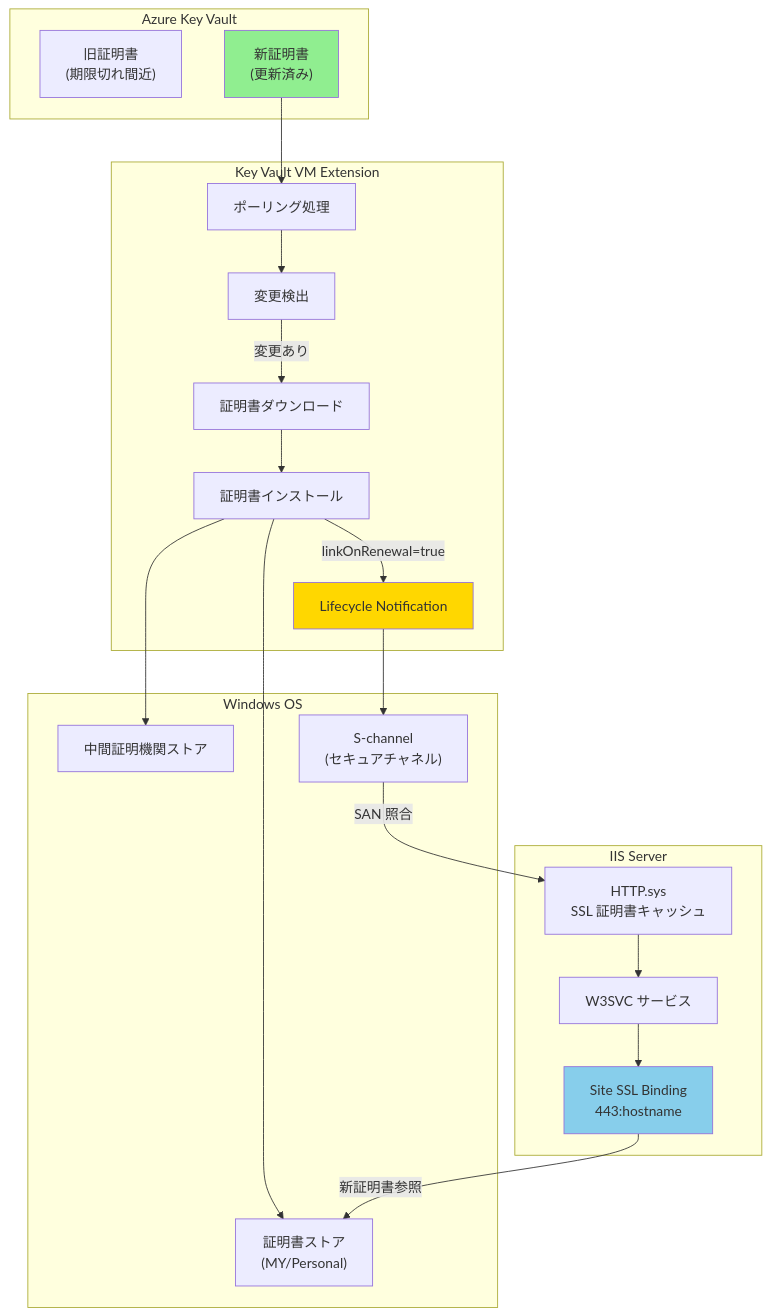
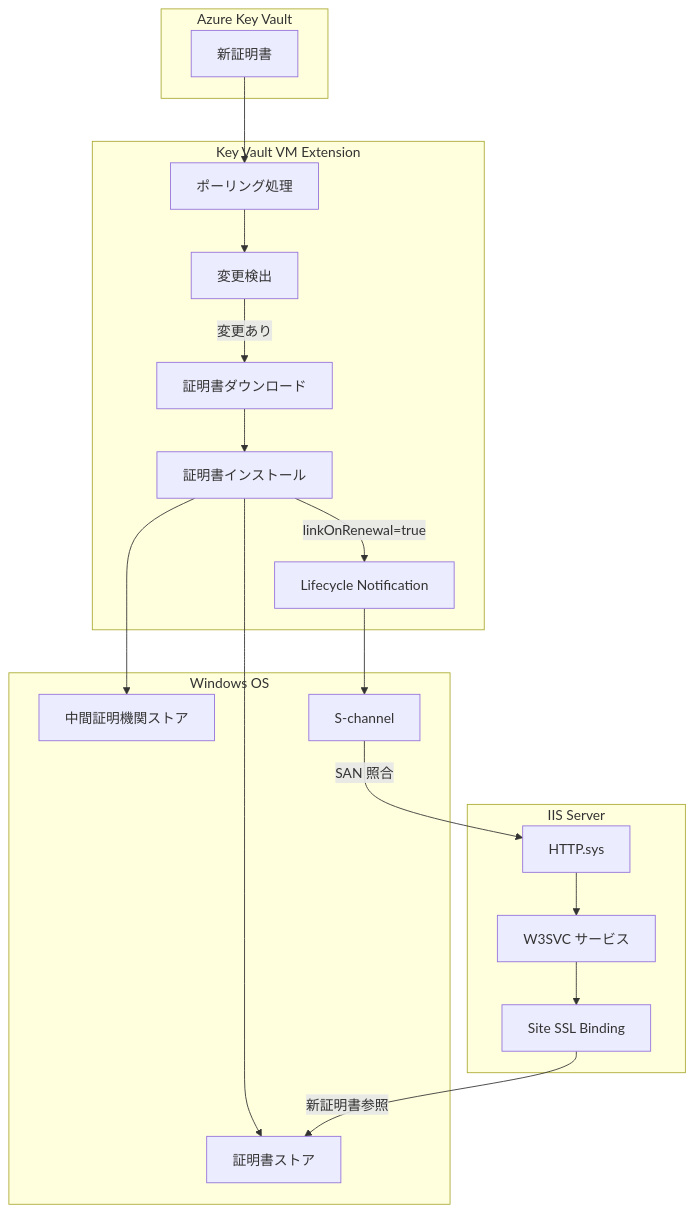
The sixth of 7 diagrams in docs/azure/akvvm-mermaid.md (zukakosan/blog-tech), drawn with Mermaid before and after one commit. The commit also changed other lines of this file and 2 other files, not shown here.

Commit message:
Rename mermaid agent for Zenn and update Mermaid diagrams to render correctly (use `<br/>`, quote labels)

````diff
--- a/docs/azure/akvvm-mermaid.md
+++ b/docs/azure/akvvm-mermaid.md
@@ -147,45 +142,40 @@
 ```mermaid
 flowchart TB
     subgraph KeyVault["Azure Key Vault"]
-        CERT_OLD["旧証明書\n(期限切れ間近)"]
-        CERT_NEW["新証明書\n(更新済み)"]
+        CERT_NEW["新証明書"]
     end
     
     subgraph VMExtension["Key Vault VM Extension"]
         POLL["ポーリング処理"]
         DETECT["変更検出"]
         DOWNLOAD["証明書ダウンロード"]
         INSTALL["証明書インストール"]
         NOTIFY["Lifecycle Notification"]
     end
     
     subgraph WindowsOS["Windows OS"]
-        STORE_MY["証明書ストア\n(MY/Personal)"]
+        STORE_MY["証明書ストア"]
         STORE_INT["中間証明機関ストア"]
-        SCHANNEL["S-channel\n(セキュアチャネル)"]
+        SCHANNEL["S-channel"]
     end
     
     subgraph IISServer["IIS Server"]
-        HTTPAPI["HTTP.sys\nSSL 証明書キャッシュ"]
+        HTTPAPI["HTTP.sys"]
         W3SVC["W3SVC サービス"]
-        BINDING["Site SSL Binding\n443:hostname"]
+        BINDING["Site SSL Binding"]
     end
     
     CERT_NEW --> POLL
     POLL --> DETECT
-    DETECT -->|変更あり| DOWNLOAD
+    DETECT -->|"変更あり"| DOWNLOAD
     DOWNLOAD --> INSTALL
     INSTALL --> STORE_MY
     INSTALL --> STORE_INT
     
-    INSTALL -->|linkOnRenewal=true| NOTIFY
+    INSTALL -->|"linkOnRenewal=true"| NOTIFY
     NOTIFY --> SCHANNEL
-    SCHANNEL -->|SAN 照合| HTTPAPI
+    SCHANNEL -->|"SAN 照合"| HTTPAPI
     HTTPAPI --> W3SVC
     W3SVC --> BINDING
-    BINDING -->|新証明書参照| STORE_MY
-    
-    style CERT_NEW fill:#90EE90
-    style NOTIFY fill:#FFD700
-    style BINDING fill:#87CEEB
+    BINDING -->|"新証明書参照"| STORE_MY
 ```
````
